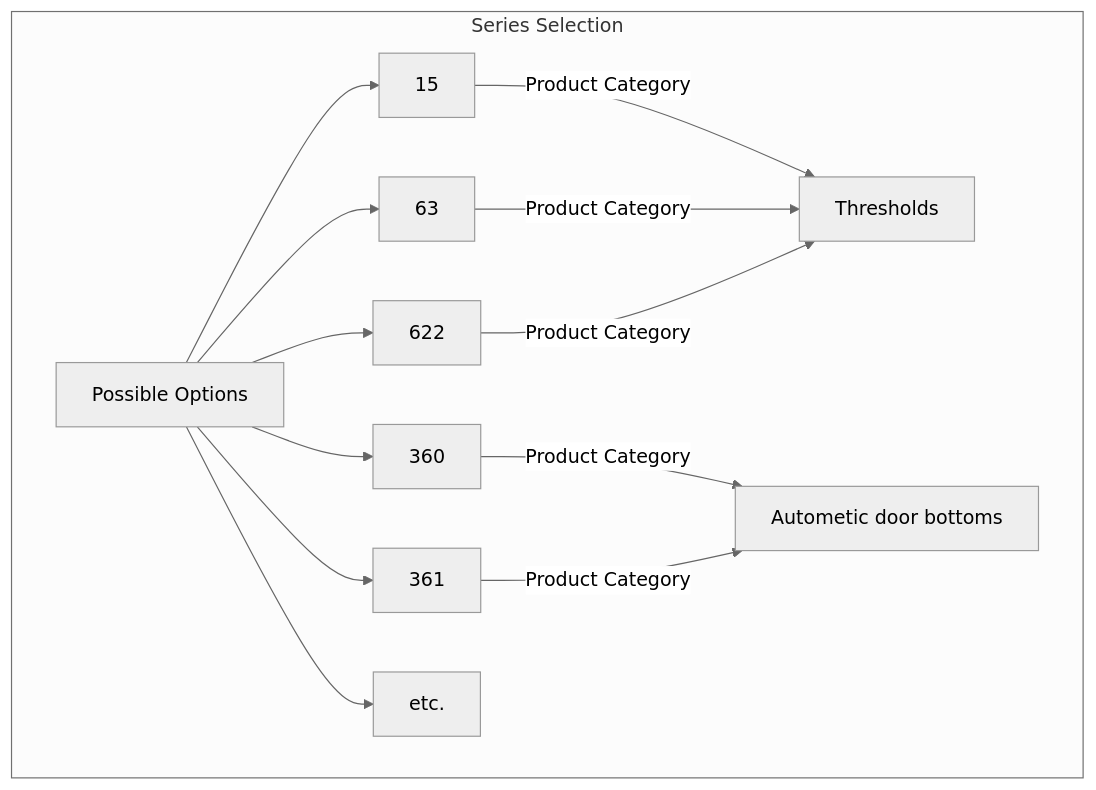
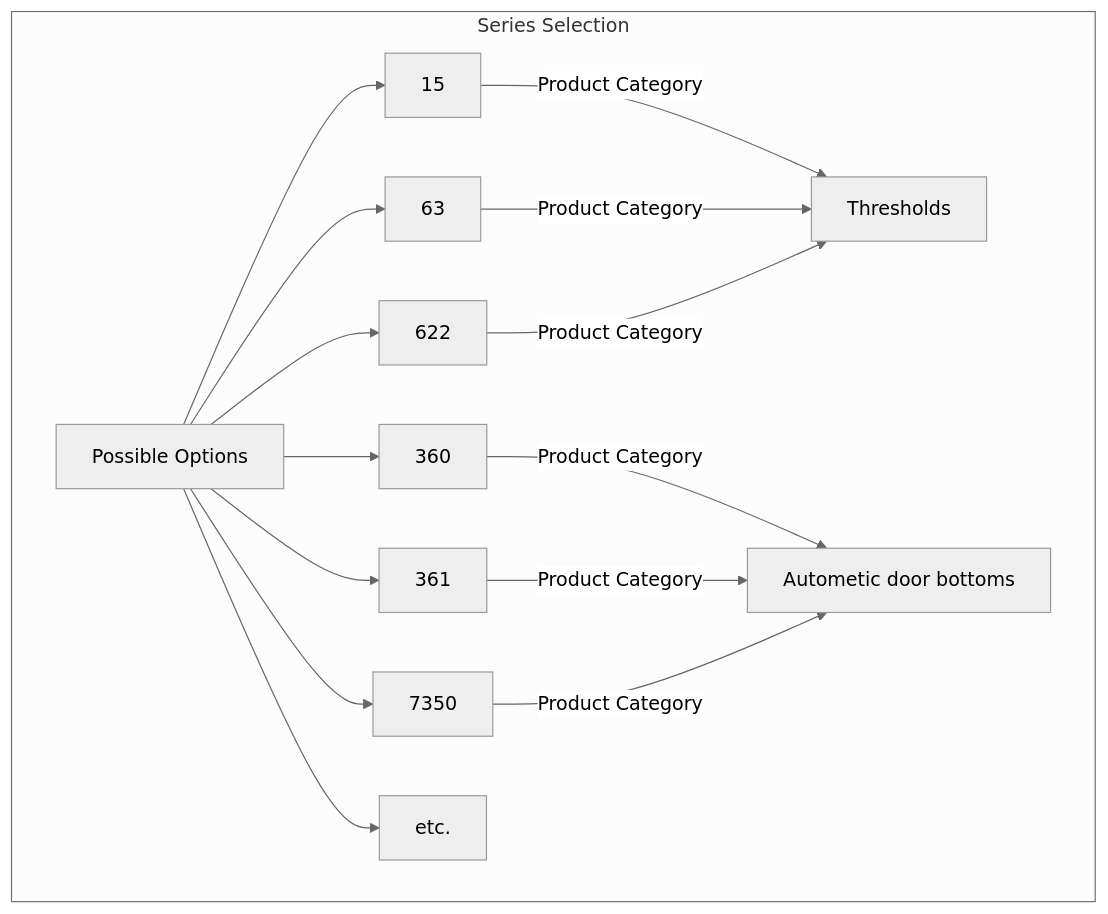
One commit to alokdas81/diamond-pricebook-diagram changed diagram 29 of 41 in README.md. Above: the diagram before and after it, drawn with Mermaid (neutral theme). The commit also changed other lines of this file and 3 other files, not shown here.

````diff
--- a/README.md
+++ b/README.md
@@ -998,24 +1005,26 @@
 ```mermaid
 flowchart TD
 
 
 subgraph Series Selection
 A[Possible Options]
 B[15] 
 C[63]
 D[622]
 E[360]
 F[361]
+J[7350]
 G[etc.]
 H[Thresholds]
 I[Autometic door bottoms]
 end
 
 A --> B --> |Product Category| H
 A --> C --> |Product Category| H
 A --> D --> |Product Category| H
 A --> E --> |Product Category| I
 A --> F --> |Product Category| I
+A --> J --> |Product Category| I
 A --> G
 
 ```
````
